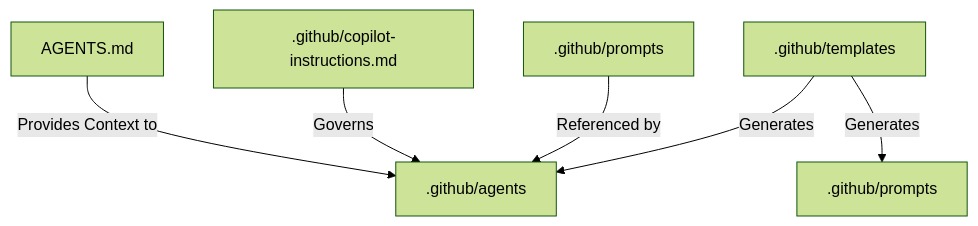
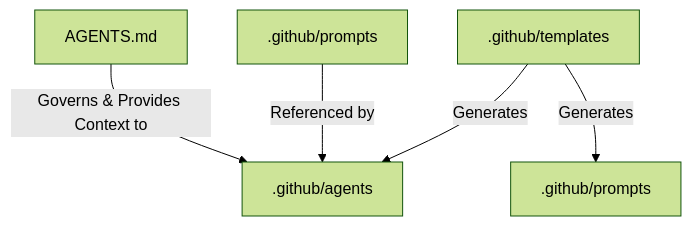
Before and after one commit to LongbowXXX/terraformer: the diagram in agents-docs/directory-structure.md, drawn with Mermaid (forest theme). The commit also changed other lines of this file and 7 other files, not shown here.

````diff
--- a/agents-docs/directory-structure.md
+++ b/agents-docs/directory-structure.md
@@ -48,8 +48,7 @@
 ```mermaid
 graph TD
     Templates[.github/templates] -->|Generates| Agents[.github/agents]
     Templates -->|Generates| Skills[.github/prompts]
     Prompts[.github/prompts] -->|Referenced by| Agents
-    Instructions[.github/copilot-instructions.md] -->|Governs| Agents
-    AGENTS[AGENTS.md] -->|Provides Context to| Agents
+    AGENTS[AGENTS.md] -->|Governs & Provides Context to| Agents
 ```
````
